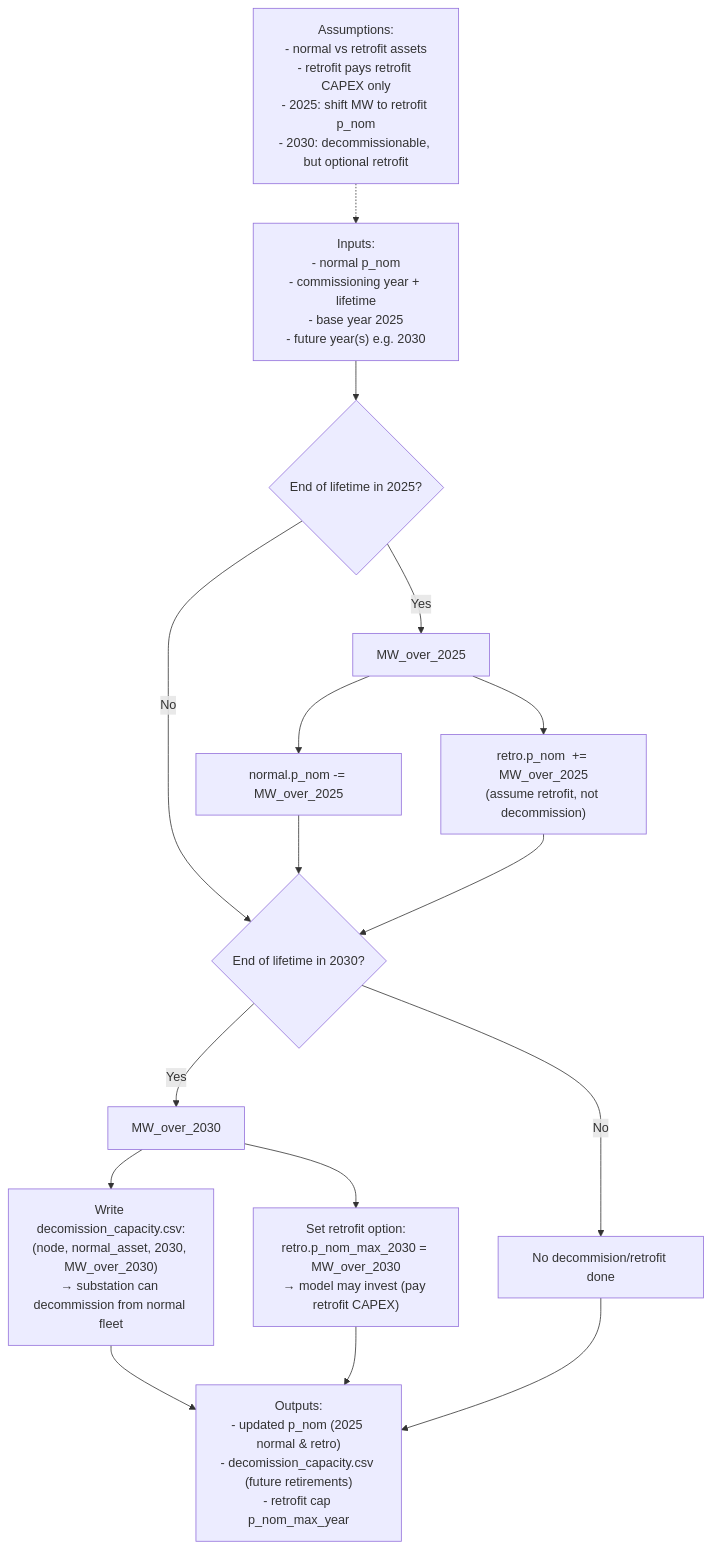
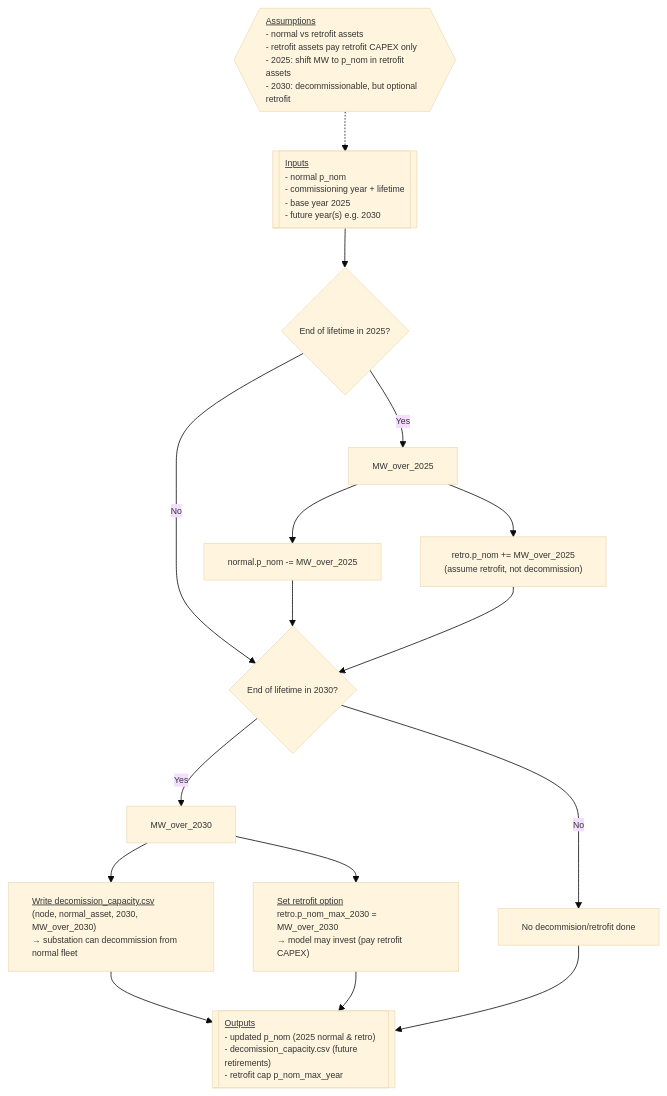
The diagram in docs/getting-started/input-data/advanced-settings/decommissioning-and-retrofit-logic.md (agoenergy/pypsa-spice), drawn with Mermaid before and after one commit. The commit also changed other lines of this file, not shown here.

Commit message:
add some spices on the mermaid chart

````diff
--- a/docs/getting-started/input-data/advanced-settings/decommissioning-and-retrofit-logic.md
+++ b/docs/getting-started/input-data/advanced-settings/decommissioning-and-retrofit-logic.md
@@ -15,41 +19,43 @@
 ```mermaid
+%%{init: {"theme":"base","themeVariables":{"fontSize":"11px", "htmlLabels": true}}}%%
 flowchart TB
-  A["Inputs:
+A[["<div style='text-align:left; margin:0'><u>Inputs</u>
 - normal p_nom
 - commissioning year + lifetime
 - base year 2025
-- future year(s) e.g. 2030"] --> B{"End of lifetime in 2025?"}
+- future year(s) e.g. 2030</div>"]] --> B{"End of lifetime in 2025?"}
 
-  B -- Yes --> C["MW_over_2025"]
-  C --> D["normal.p_nom -= MW_over_2025"]
-  C --> E["retro.p_nom  += MW_over_2025
+B -- Yes --> C["MW_over_2025"]
+C --> D["normal.p_nom -= MW_over_2025"]
+C --> E["retro.p_nom  += MW_over_2025
 (assume retrofit, not decommission)"]
 
-  B -- No --> F{"End of lifetime in 2030?"}
-  D --> F
-  E --> F
+B -- No --> F{"End of lifetime in 2030?"}
+D --> F
+E --> F
 
-  F -- Yes --> G["MW_over_2030"]
-  G --> H["Write decomission_capacity.csv:
+F -- Yes --> G["MW_over_2030"]
+G --> H["<div style='text-align:left; margin:0'><u>Write decomission_capacity.csv</u>
 (node, normal_asset, 2030, MW_over_2030)
-→ substation can decommission from normal fleet"]
-  G --> I["Set retrofit option:
+→ substation can decommission from normal fleet</div>"]
+G --> I["<div style='text-align:left; margin:0'><u>Set retrofit option</u>
 retro.p_nom_max_2030 = MW_over_2030
-→ model may invest (pay retrofit CAPEX)"]
+→ model may invest (pay retrofit CAPEX)</div>"]
 
-  F -- No --> J["No decommision/retrofit done"]
+F -- No --> J["No decommision/retrofit done"]
 
-  H --> K["Outputs:
+H --> K[["<div style='text-align:left; margin:0'><u>Outputs</u>
 - updated p_nom (2025 normal & retro)
 - decomission_capacity.csv (future retirements)
-- retrofit cap p_nom_max_year"]
+- retrofit cap p_nom_max_year</div>"]]
 
-  I --> K
-  J --> K
+I --> K
+J --> K
 
-  N["Assumptions:
+N{{"<div style='text-align:left; margin:0'><u>Assumptions</u>
 - normal vs retrofit assets
-- retrofit pays retrofit CAPEX only
-- 2025: shift MW to retrofit p_nom
-- 2030: decommissionable, but optional retrofit"] -.-> A
+- retrofit assets pay retrofit CAPEX only
+- 2025: shift MW to p_nom in retrofit assets
+- 2030: decommissionable, but optional retrofit</div>"}} -.-> A
+
 ```
````
